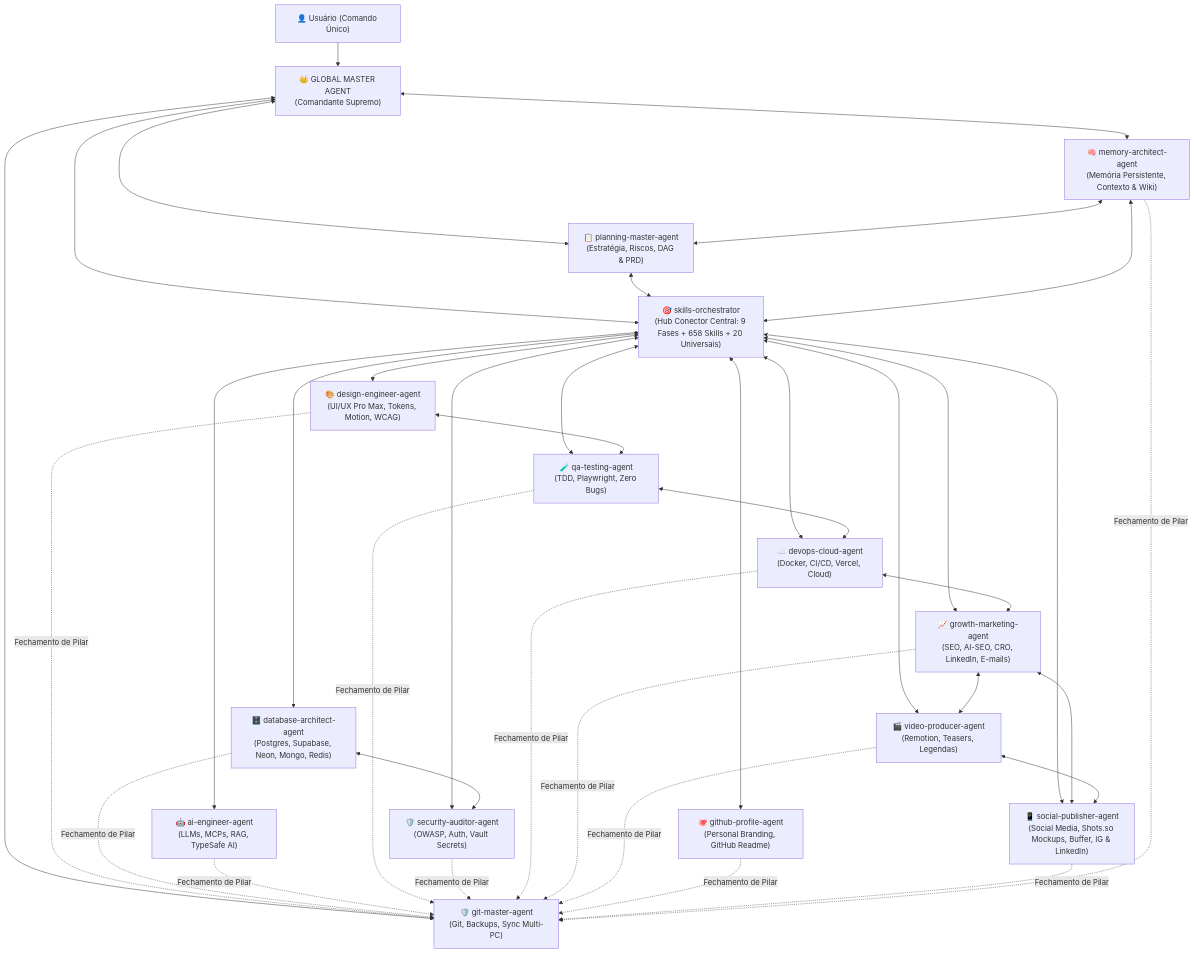
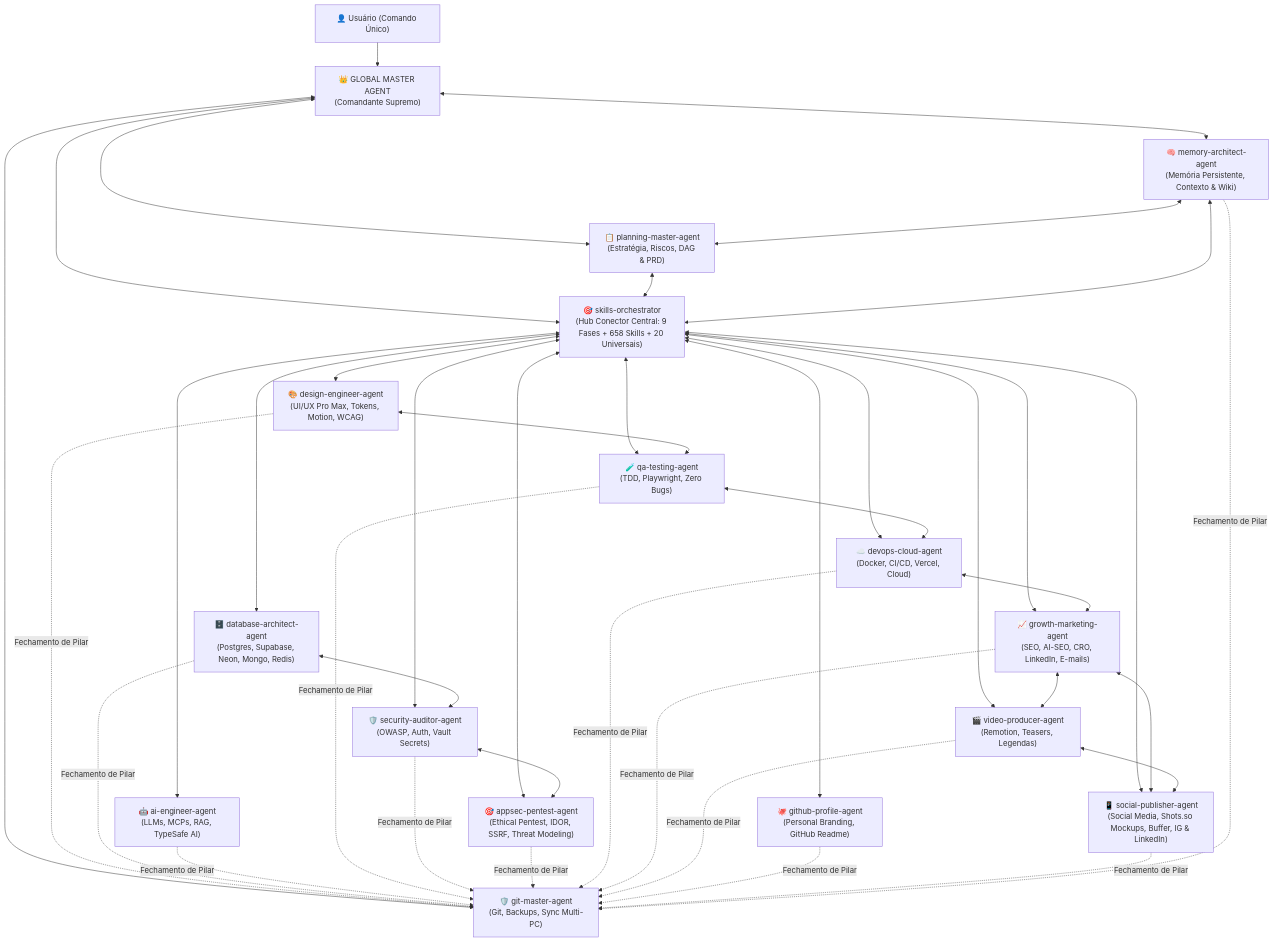
One commit to Henrique1601/SkiilsToIAs changed the first of 2 diagrams in custom-agents/global-master-agent.md. Above: the diagram before and after it, drawn with Mermaid. The commit also changed other lines of this file and 7 other files, not shown here.

Commit message:
feat(agents): adicionar appsec-pentest-agent para testes de intrusao eticos e auditoria ofensiva

````diff
--- a/custom-agents/global-master-agent.md
+++ b/custom-agents/global-master-agent.md
@@ -75,45 +75,48 @@
 ```mermaid
 flowchart TD
     User["👤 Usuário (Comando Único)"] --> GMA["👑 GLOBAL MASTER AGENT<br/>(Comandante Supremo)"]
     
     GMA <--> PLAN["📋 planning-master-agent<br/>(Estratégia, Riscos, DAG & PRD)"]
     GMA <--> MEM["🧠 memory-architect-agent<br/>(Memória Persistente, Contexto & Wiki)"]
     GMA <--> ORCH["🎯 skills-orchestrator<br/>(Hub Conector Central: 9 Fases + 658 Skills + 20 Universais)"]
     GMA <--> GIT["🛡️ git-master-agent<br/>(Git, Backups, Sync Multi-PC)"]
 
     PLAN <--> ORCH
     MEM <--> ORCH
     MEM <--> PLAN
 
     ORCH <--> UI["🎨 design-engineer-agent<br/>(UI/UX Pro Max, Tokens, Motion, WCAG)"]
     ORCH <--> DB["🗄️ database-architect-agent<br/>(Postgres, Supabase, Neon, Mongo, Redis)"]
     ORCH <--> AI["🤖 ai-engineer-agent<br/>(LLMs, MCPs, RAG, TypeSafe AI)"]
     ORCH <--> QA["🧪 qa-testing-agent<br/>(TDD, Playwright, Zero Bugs)"]
     ORCH <--> SEC["🛡️ security-auditor-agent<br/>(OWASP, Auth, Vault Secrets)"]
+    ORCH <--> PENTEST["🎯 appsec-pentest-agent<br/>(Ethical Pentest, IDOR, SSRF, Threat Modeling)"]
+    SEC <--> PENTEST
     ORCH <--> CLOUD["☁️ devops-cloud-agent<br/>(Docker, CI/CD, Vercel, Cloud)"]
     ORCH <--> GROWTH["📈 growth-marketing-agent<br/>(SEO, AI-SEO, CRO, LinkedIn, E-mails)"]
     ORCH <--> VIDEO["🎬 video-producer-agent<br/>(Remotion, Teasers, Legendas)"]
     ORCH <--> PROFILE["🐙 github-profile-agent<br/>(Personal Branding, GitHub Readme)"]
     ORCH <--> SOCIAL["📱 social-publisher-agent<br/>(Social Media, Shots.so Mockups, Buffer, IG & LinkedIn)"]
 
     DB <--> SEC
     UI <--> QA
     QA <--> CLOUD
     CLOUD <--> GROWTH
     GROWTH <--> VIDEO
     GROWTH <--> SOCIAL
     VIDEO <--> SOCIAL
 
     %% Portão Obrigatório Final
     UI -.->|Fechamento de Pilar| GIT
     DB -.->|Fechamento de Pilar| GIT
     AI -.->|Fechamento de Pilar| GIT
     QA -.->|Fechamento de Pilar| GIT
     SEC -.->|Fechamento de Pilar| GIT
+    PENTEST -.->|Fechamento de Pilar| GIT
     CLOUD -.->|Fechamento de Pilar| GIT
     GROWTH -.->|Fechamento de Pilar| GIT
     VIDEO -.->|Fechamento de Pilar| GIT
     PROFILE -.->|Fechamento de Pilar| GIT
     SOCIAL -.->|Fechamento de Pilar| GIT
     MEM -.->|Fechamento de Pilar| GIT
 ```
````
